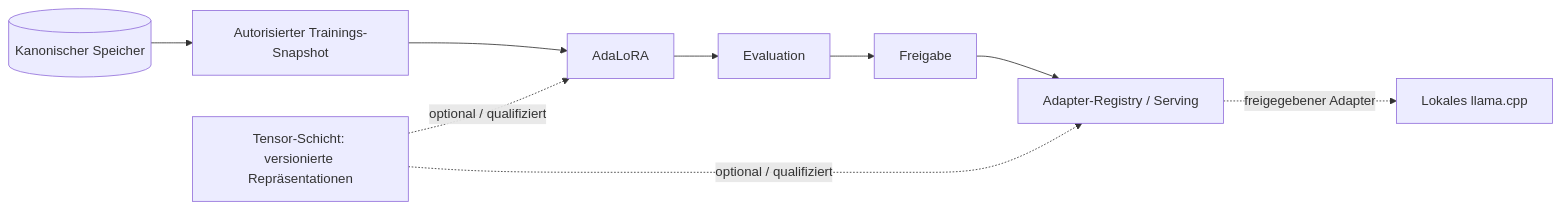
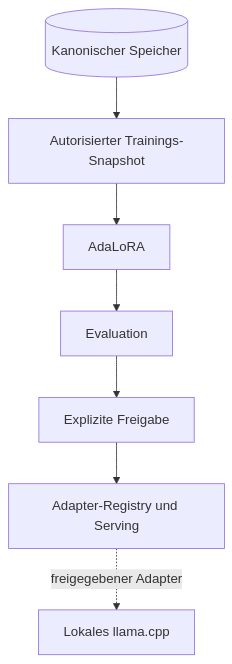
One commit to makr-code/ThemisDB changed the third of 4 diagrams in ThemisDB.md. Above: the diagram before and after it, drawn with Mermaid. The commit also changed other lines of this file and 16 other files, not shown here.

Commit message:
Refactor CMake configurations for test suite and module tests; update subproject commits to dirty state; add new documentation on ThemisDB architectural adjustments and implications.

````diff
--- a/ThemisDB.md
+++ b/ThemisDB.md
@@ -95,13 +91,9 @@
 ```mermaid
-flowchart LR
+flowchart TB
     storage[("Kanonischer Speicher")] --> snapshot["Autorisierter Trainings-Snapshot"]
     snapshot --> training["AdaLoRA"]
     training --> evaluation["Evaluation"]
-    evaluation --> approval["Freigabe"]
-    approval --> registry["Adapter-Registry / Serving"]
+    evaluation --> approval["Explizite Freigabe"]
+    approval --> registry["Adapter-Registry und Serving"]
     registry -.->|freigegebener Adapter| inference["Lokales llama.cpp"]
-
-    tensor["Tensor-Schicht: versionierte Repräsentationen"]
-    tensor -.->|optional / qualifiziert| training
-    tensor -.->|optional / qualifiziert| registry
 ```
````
